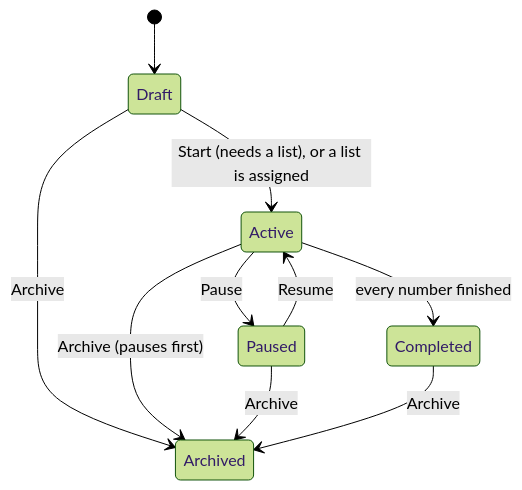
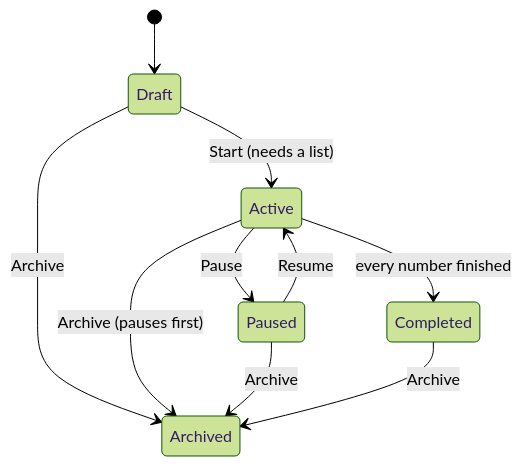
One commit to greenfieldtech-nirs/opbx changed the second of 2 diagrams in docs/opbx-userguide/applications/auto-dialer/index.mdx. Above: the diagram before and after it, drawn with Mermaid (forest theme). The commit also changed other lines of this file and 6 other files, not shown here.

````diff
--- a/docs/opbx-userguide/applications/auto-dialer/index.mdx
+++ b/docs/opbx-userguide/applications/auto-dialer/index.mdx
@@ -61,12 +61,12 @@
 ```mermaid
 stateDiagram-v2
     [*] --> Draft
-    Draft --> Active: Start (needs a list), or a list is assigned
+    Draft --> Active: Start (needs a list)
     Active --> Paused: Pause
     Paused --> Active: Resume
     Active --> Completed: every number finished
     Draft --> Archived: Archive
     Active --> Archived: Archive (pauses first)
     Paused --> Archived: Archive
     Completed --> Archived: Archive
 ```
````
